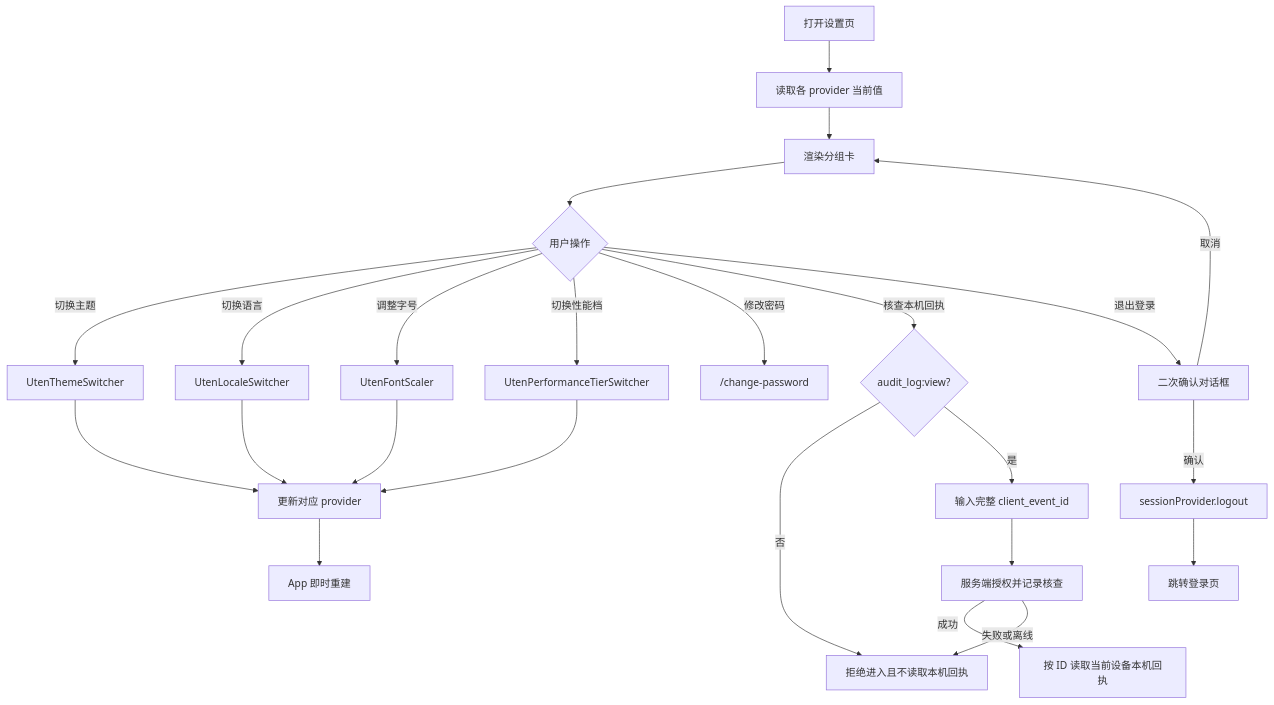
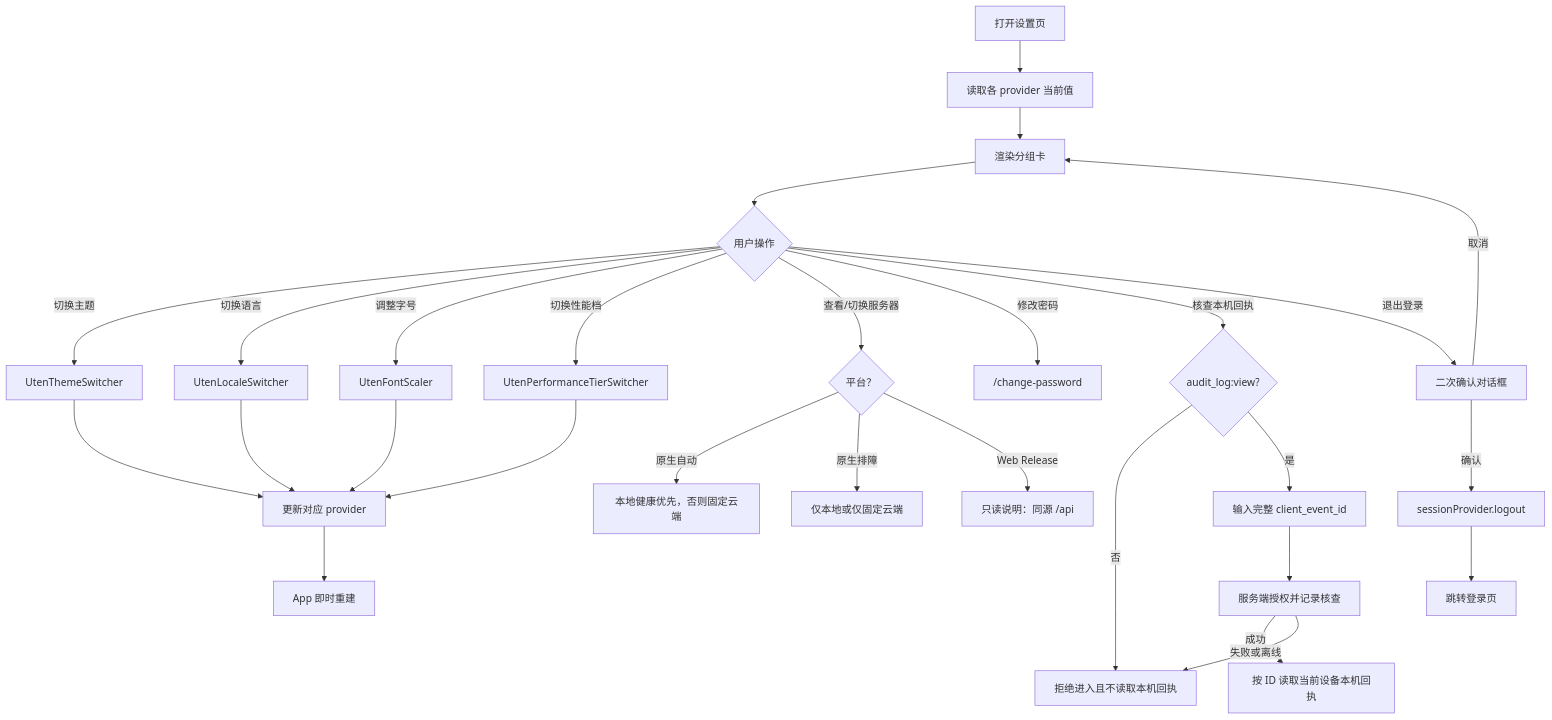
Before and after one commit to BruceChu0424/utenelec_imp: the diagram in docs/03-页面/设置页.md, drawn with Mermaid. The commit also changed other lines of this file and 165 other files, not shown here.

````diff
--- a/docs/03-页面/设置页.md
+++ b/docs/03-页面/设置页.md
@@ -122,26 +130,30 @@
 ```mermaid
 flowchart TD
     A[打开设置页] --> B[读取各 provider 当前值]
     B --> R[渲染分组卡]
     R --> OP{用户操作}
     OP -->|切换主题| T[UtenThemeSwitcher]
     OP -->|切换语言| L[UtenLocaleSwitcher]
     OP -->|调整字号| F[UtenFontScaler]
     OP -->|切换性能档| P[UtenPerformanceTierSwitcher]
+    OP -->|查看/切换服务器| S{平台？}
+    S -->|原生自动| SA[本地健康优先，否则固定云端]
+    S -->|原生排障| SF[仅本地或仅固定云端]
+    S -->|Web Release| SW[只读说明：同源 /api]
     OP -->|修改密码| CP["/change-password"]
     OP -->|核查本机回执| AR{audit_log:view?}
     AR -->|否| DENY[拒绝进入且不读取本机回执]
     AR -->|是| ID[输入完整 client_event_id]
     ID --> VERIFY[服务端授权并记录核查]
     VERIFY -->|成功| LOCAL[按 ID 读取当前设备本机回执]
     VERIFY -->|失败或离线| DENY
     T --> UP[更新对应 provider]
     L --> UP
     F --> UP
     P --> UP
     UP --> I[App 即时重建]
     OP -->|退出登录| C[二次确认对话框]
     C -->|确认| LO[sessionProvider.logout]
     LO --> EXIT[跳转登录页]
     C -->|取消| R
 ```
````
